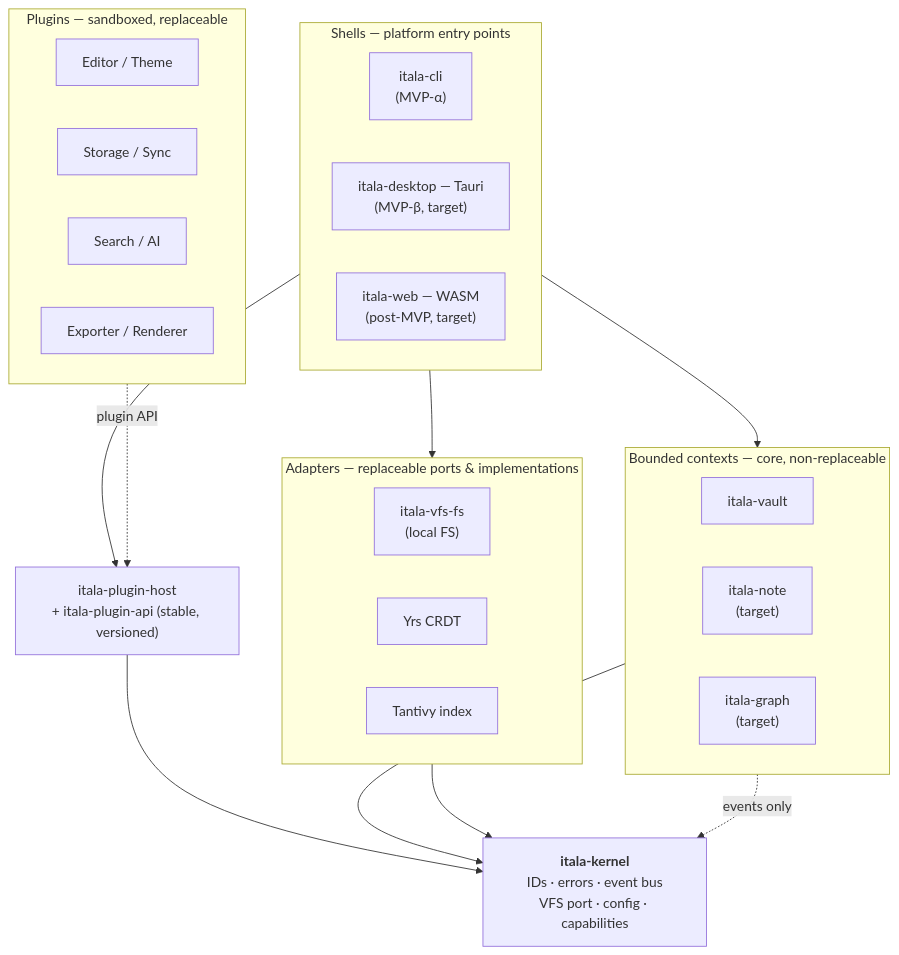
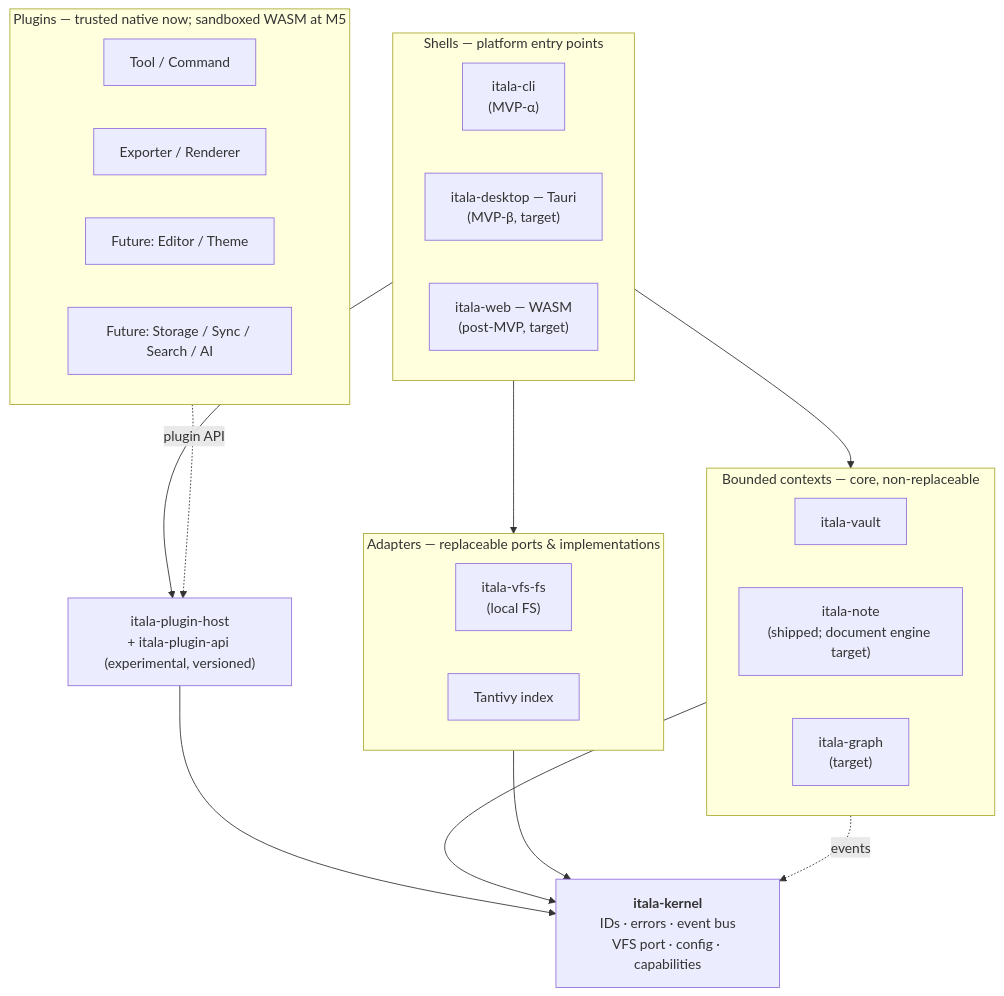
One commit to l1br3-io/itala changed the diagram in docs/ARCHITECTURE.md. Above: the diagram before and after it, drawn with Mermaid. The commit also changed other lines of this file and 223 other files, not shown here.

````diff
--- a/docs/ARCHITECTURE.md
+++ b/docs/ARCHITECTURE.md
@@ -23,43 +23,42 @@
 ```mermaid
 flowchart TB
     subgraph Shells["Shells — platform entry points"]
         CLI["itala-cli<br/>(MVP-α)"]
         Desktop["itala-desktop — Tauri<br/>(MVP-β, target)"]
         Web["itala-web — WASM<br/>(post-MVP, target)"]
     end
 
-    subgraph Plugins["Plugins — sandboxed, replaceable"]
+    subgraph Plugins["Plugins — trusted native now; sandboxed WASM at M5"]
         direction LR
-        P1["Editor / Theme"]
-        P2["Storage / Sync"]
-        P3["Search / AI"]
-        P4["Exporter / Renderer"]
+        P1["Tool / Command"]
+        P2["Exporter / Renderer"]
+        P3["Future: Editor / Theme"]
+        P4["Future: Storage / Sync / Search / AI"]
     end
 
     subgraph Contexts["Bounded contexts — core, non-replaceable"]
         Vault["itala-vault"]
-        Note["itala-note<br/>(target)"]
+        Note["itala-note<br/>(shipped; document engine target)"]
         Graph["itala-graph<br/>(target)"]
     end
 
     subgraph Adapters["Adapters — replaceable ports & implementations"]
         VfsFs["itala-vfs-fs<br/>(local FS)"]
-        Yrs["Yrs CRDT"]
         Tantivy["Tantivy index"]
     end
 
     Kernel["<b>itala-kernel</b><br/>IDs · errors · event bus<br/>VFS port · config · capabilities"]
-    Host["itala-plugin-host<br/>+ itala-plugin-api (stable, versioned)"]
+    Host["itala-plugin-host<br/>+ itala-plugin-api (experimental, versioned)"]
 
     %% dependency direction: arrows point downward to what they depend on
     Shells --> Contexts
     Shells --> Adapters
     Shells --> Host
     Contexts --> Kernel
     Adapters --> Kernel
     Host --> Kernel
     Plugins -.->|plugin API| Host
 
-    %% contexts talk to each other ONLY via the bus (lives in the kernel)
-    Contexts -.->|events only| Kernel
+    %% decoupled context notifications flow through the bus in the kernel
+    Contexts -.->|events| Kernel
 ```
````
